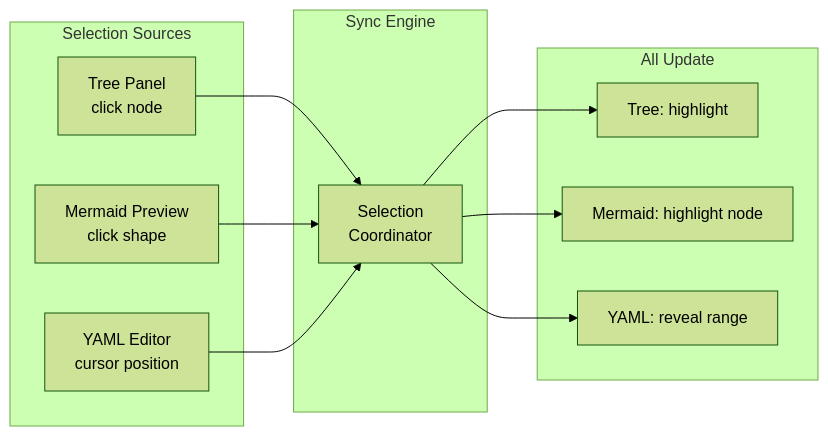
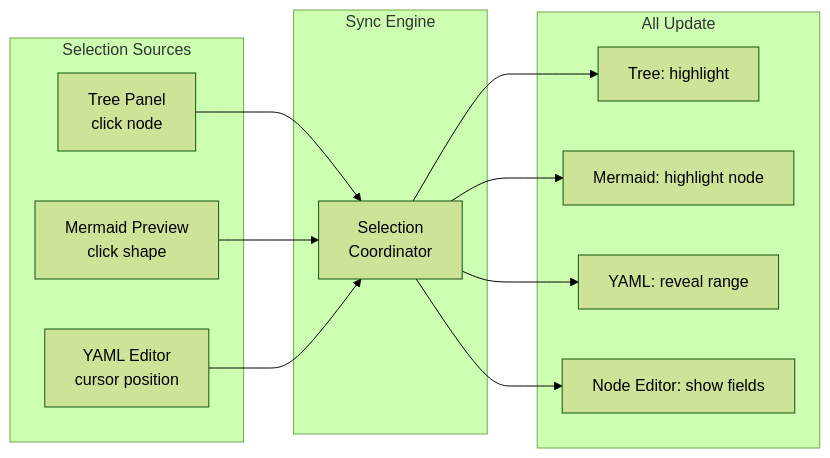
One commit to al-the-bear/tom_module_vscode changed diagram 16 of 35 in tom_vscode_extension/doc/yaml_graph.md. Above: the diagram before and after it, drawn with Mermaid (forest theme). The commit also changed other lines of this file, not shown here.

Commit message:
Add node editor panel, config-only goal, converter callbacks, package integration strategy

````diff
--- a/tom_vscode_extension/doc/yaml_graph.md
+++ b/tom_vscode_extension/doc/yaml_graph.md
@@ -1357,25 +1480,27 @@
 ```mermaid
 flowchart LR
     subgraph Sources["Selection Sources"]
         T["Tree Panel<br/>click node"]
         M["Mermaid Preview<br/>click shape"]
         Y["YAML Editor<br/>cursor position"]
     end
 
     subgraph Sync["Sync Engine"]
         SE["Selection<br/>Coordinator"]
     end
 
     subgraph Targets["All Update"]
         T2["Tree: highlight"]
         M2["Mermaid: highlight node"]
         Y2["YAML: reveal range"]
+        NE2["Node Editor: show fields"]
     end
 
     T --> SE
     M --> SE
     Y --> SE
     SE --> T2
     SE --> M2
     SE --> Y2
+    SE --> NE2
 ```
````
